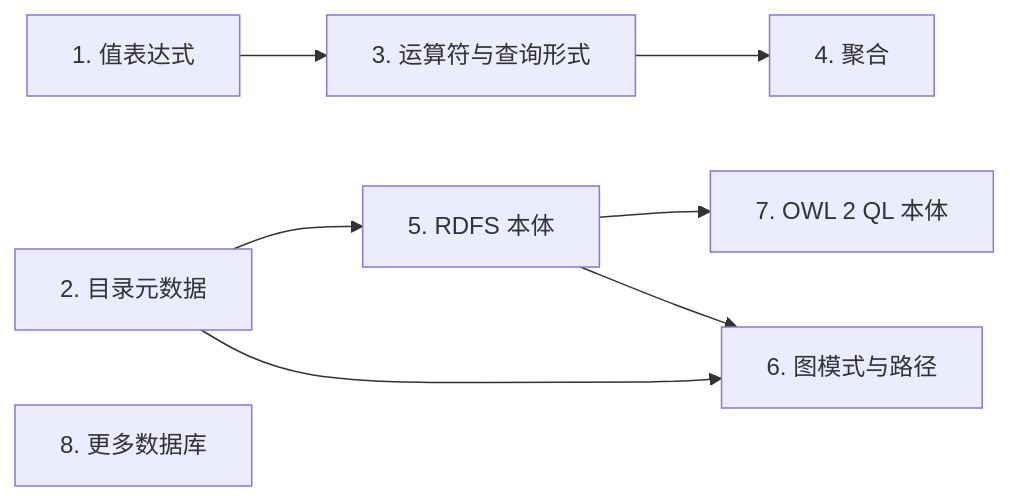
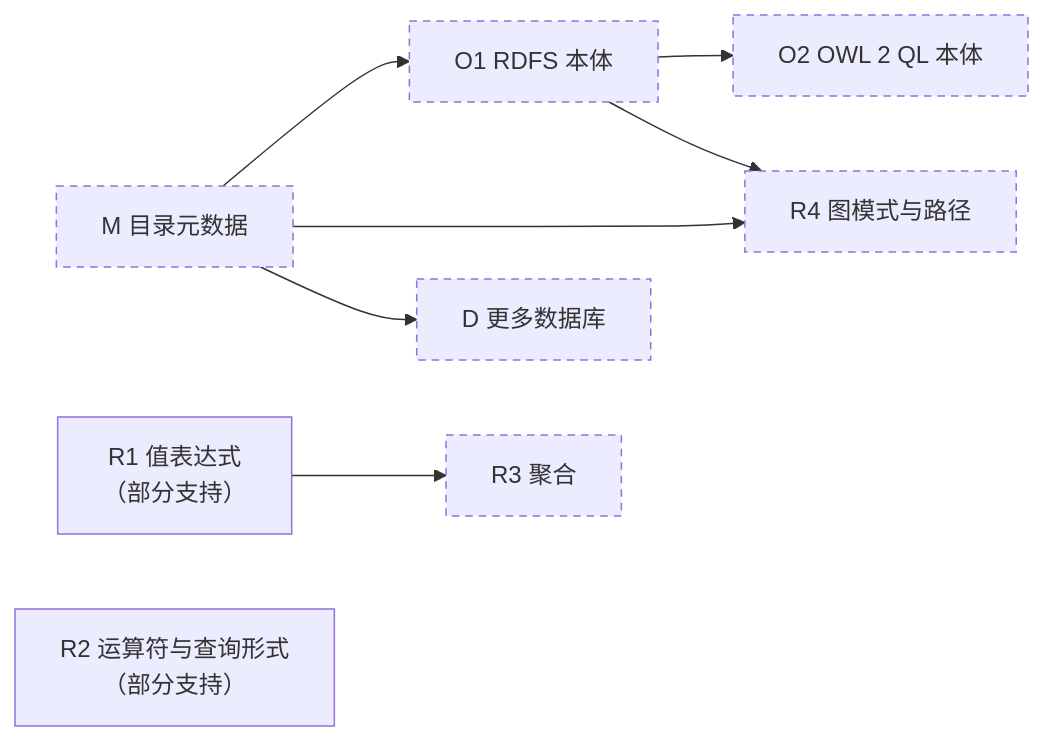
Before and after one commit to CharmingGroot/sparql-v12n: the diagram in README.zh-CN.md, drawn with Mermaid. The commit also changed other lines of this file and 2 other files, not shown here.

First line of the commit message:
docs: show roadmap dependencies and status by milestone

````diff
--- a/README.zh-CN.md
+++ b/README.zh-CN.md
@@ -126,8 +126,11 @@
 ```mermaid
 flowchart LR
-  R1["1. 值表达式"] --> R2["3. 运算符与查询形式"] --> R3["4. 聚合"]
-  M["2. 目录元数据"] --> O1["5. RDFS 本体"] --> O2["7. OWL 2 QL 本体"]
-  M --> R4["6. 图模式与路径"]
+  M["M 目录元数据"] --> O1["O1 RDFS 本体"] --> O2["O2 OWL 2 QL 本体"]
+  M --> R4["R4 图模式与路径"]
   O1 --> R4
-  D["8. 更多数据库"]
+  M --> D["D 更多数据库"]
+  R1["R1 值表达式<br/>（部分支持）"] --> R3["R3 聚合"]
+  R2["R2 运算符与查询形式<br/>（部分支持）"]
+  classDef planned stroke-dasharray: 5 4
+  class R3,M,O1,O2,R4,D planned
 ```
````
